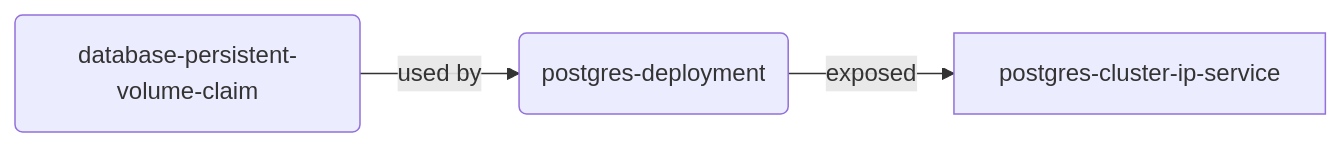
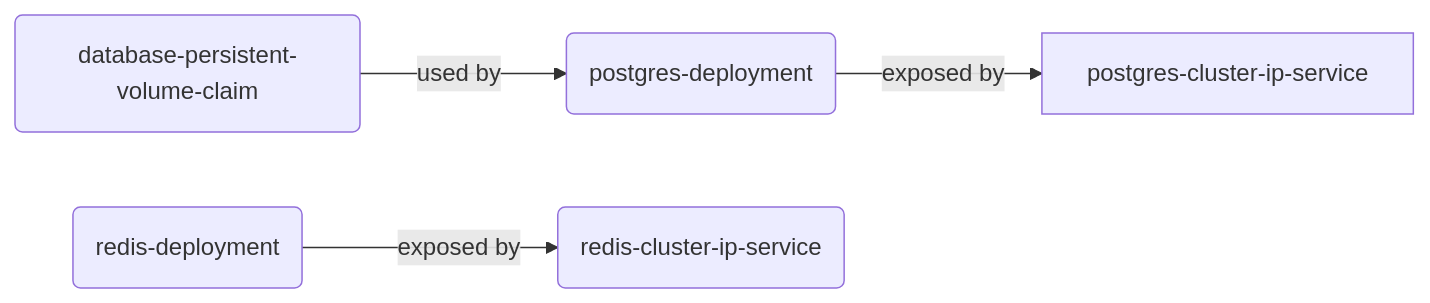
Before and after one commit to BrockMarekins/multi-k8s: the diagram in README.md, drawn with Mermaid. The commit also changed other lines of this file and 2 other files, not shown here.

First line of the commit message:
Add redis db service (#3)

````diff
--- a/README.md
+++ b/README.md
@@ -8,5 +14,6 @@
 ```mermaid
 graph LR
 A(database-persistent-volume-claim) -- used by --> B(postgres-deployment)
-B -- exposed --> C[postgres-cluster-ip-service]
+B -- exposed by --> C[postgres-cluster-ip-service]
+D(redis-deployment) -- exposed by --> E(redis-cluster-ip-service)
 ```
````
